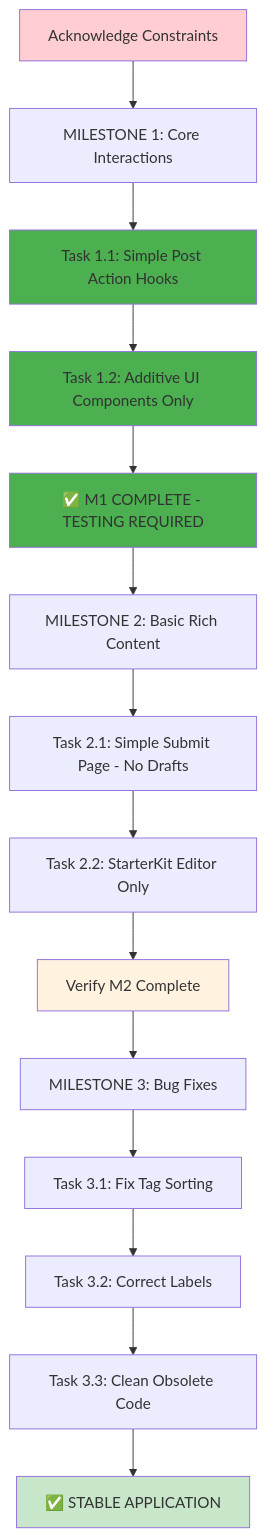
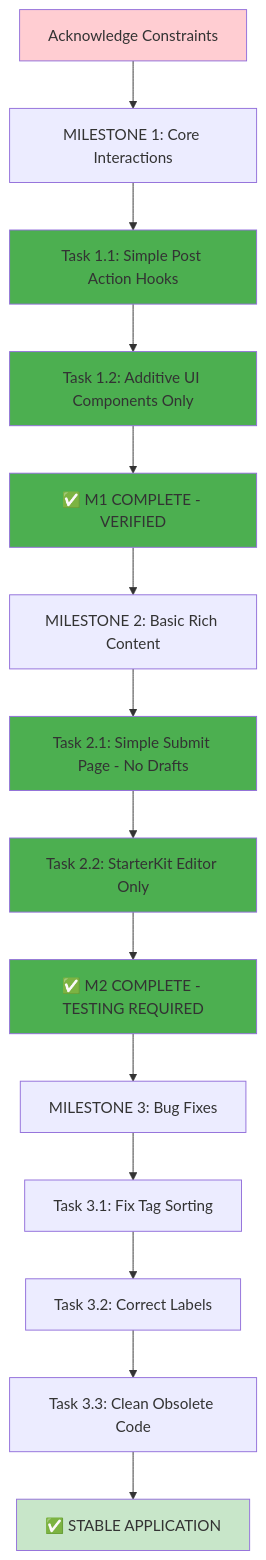
Before and after one commit to AltKhyin/app-documentation-compass: the diagram in docs/README-BÍBLIA.md, drawn with Mermaid. The commit also changed other lines of this file and 7 other files, not shown here.

First line of the commit message:
Implement Milestone 2: Rich Content Creation

````diff
--- a/docs/README-BÍBLIA.md
+++ b/docs/README-BÍBLIA.md
@@ -307,27 +276,29 @@
 ```mermaid
 graph TD
     A[Acknowledge Constraints] --> B[MILESTONE 1: Core Interactions]
     
     B --> C[Task 1.1: Simple Post Action Hooks] 
     C --> D[Task 1.2: Additive UI Components Only]
     
-    D --> E[✅ M1 COMPLETE - TESTING REQUIRED] --> F[MILESTONE 2: Basic Rich Content]
+    D --> E[✅ M1 COMPLETE - VERIFIED] --> F[MILESTONE 2: Basic Rich Content]
     
     F --> G[Task 2.1: Simple Submit Page - No Drafts]
     G --> H[Task 2.2: StarterKit Editor Only]
     
-    H --> I[Verify M2 Complete] --> J[MILESTONE 3: Bug Fixes]
+    H --> I[✅ M2 COMPLETE - TESTING REQUIRED] --> J[MILESTONE 3: Bug Fixes]
     
     J --> K[Task 3.1: Fix Tag Sorting]
     K --> L[Task 3.2: Correct Labels]
     L --> M[Task 3.3: Clean Obsolete Code]
     
     M --> N[✅ STABLE APPLICATION]
     
     style A fill:#ffcdd2
     style E fill:#4caf50
-    style I fill:#fff3e0
+    style I fill:#4caf50
     style N fill:#c8e6c9
     style C fill:#4caf50
     style D fill:#4caf50
+    style G fill:#4caf50
+    style H fill:#4caf50
 ```
````
